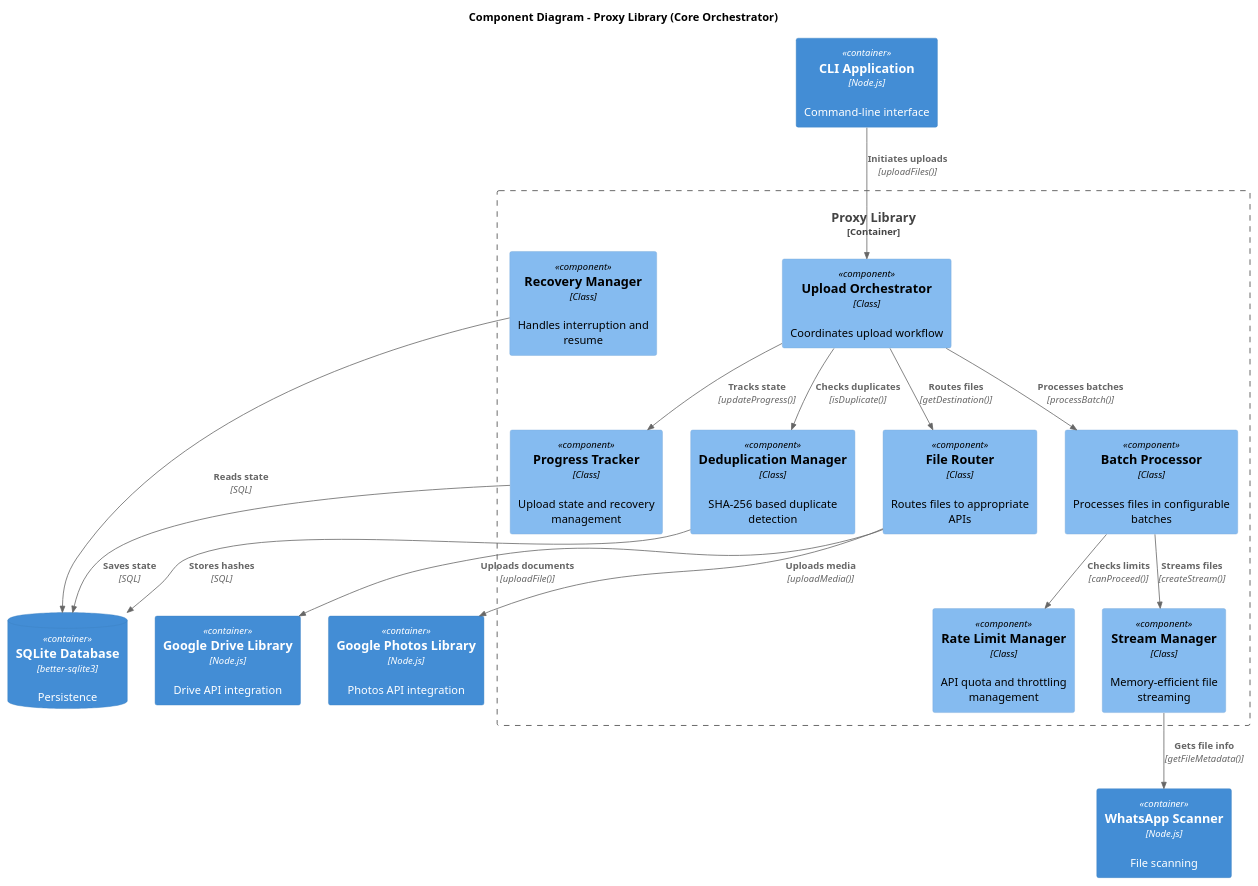
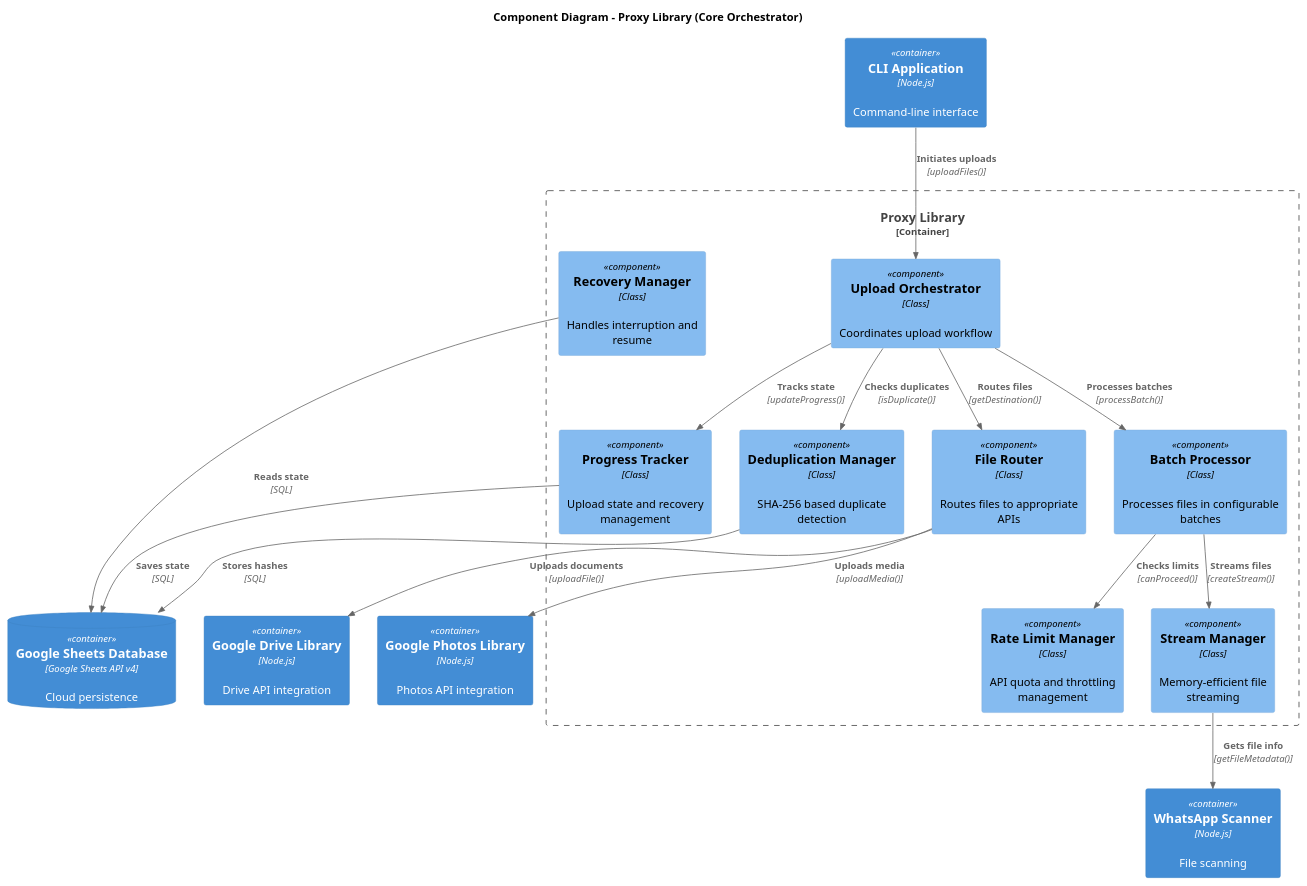
Before and after one commit to eduoda/whatsapp-google-uploader: the third of 3 diagrams in memory-system/reference/architecture.md, drawn with PlantUML. The commit also changed other lines of this file and 6 other files, not shown here.

First line of the commit message:
docs: update memory system after Google Sheets migration

````diff
--- a/memory-system/reference/architecture.md
+++ b/memory-system/reference/architecture.md
@@ -138,39 +138,39 @@
 ```plantuml
 @startuml C3_Proxy_Components
 !include <C4/C4_Component>
 
 title Component Diagram - Proxy Library (Core Orchestrator)
 
 Container(cli, "CLI Application", "Node.js", "Command-line interface")
 Container(drive, "Google Drive Library", "Node.js", "Drive API integration")
 Container(photos, "Google Photos Library", "Node.js", "Photos API integration")
 Container(scanner, "WhatsApp Scanner", "Node.js", "File scanning")
-ContainerDb(database, "SQLite Database", "better-sqlite3", "Persistence")
+ContainerDb(database, "Google Sheets Database", "Google Sheets API v4", "Cloud persistence")
 
 Container_Boundary(proxy, "Proxy Library") {
     Component(uploader, "Upload Orchestrator", "Class", "Coordinates upload workflow")
     Component(dedup, "Deduplication Manager", "Class", "SHA-256 based duplicate detection")
     Component(ratelimit, "Rate Limit Manager", "Class", "API quota and throttling management")
     Component(progress, "Progress Tracker", "Class", "Upload state and recovery management")
     Component(router, "File Router", "Class", "Routes files to appropriate APIs")
     Component(stream, "Stream Manager", "Class", "Memory-efficient file streaming")
     Component(recovery, "Recovery Manager", "Class", "Handles interruption and resume")
     Component(batch, "Batch Processor", "Class", "Processes files in configurable batches")
 }
 
 Rel(cli, uploader, "Initiates uploads", "uploadFiles()")
 Rel(uploader, router, "Routes files", "getDestination()")
 Rel(uploader, dedup, "Checks duplicates", "isDuplicate()")
 Rel(uploader, progress, "Tracks state", "updateProgress()")
 Rel(uploader, batch, "Processes batches", "processBatch()")
 Rel(batch, stream, "Streams files", "createStream()")
 Rel(batch, ratelimit, "Checks limits", "canProceed()")
 Rel(router, drive, "Uploads documents", "uploadFile()")
 Rel(router, photos, "Uploads media", "uploadMedia()")
 Rel(dedup, database, "Stores hashes", "SQL")
 Rel(progress, database, "Saves state", "SQL")
 Rel(recovery, database, "Reads state", "SQL")
 Rel(stream, scanner, "Gets file info", "getFileMetadata()")
 
 @enduml
 ```
````
